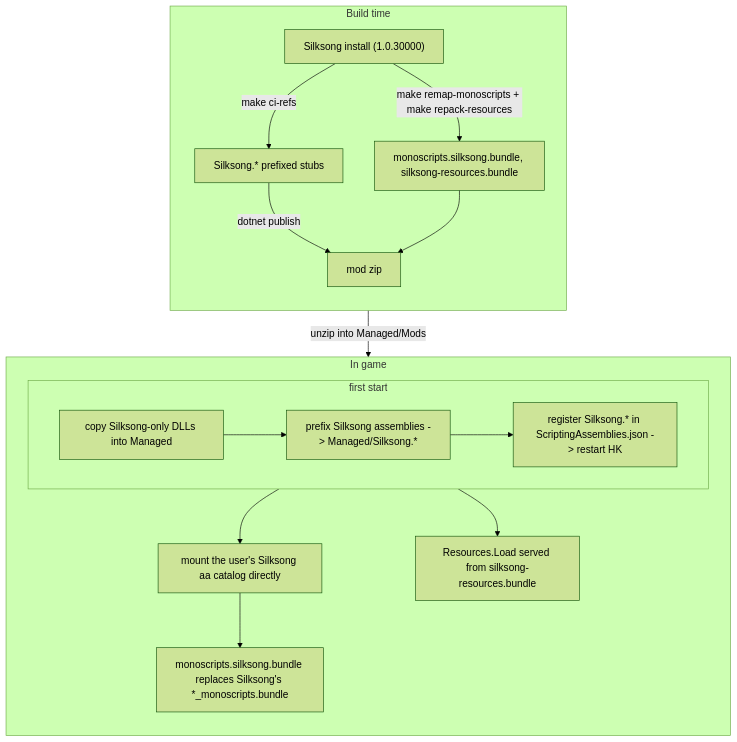
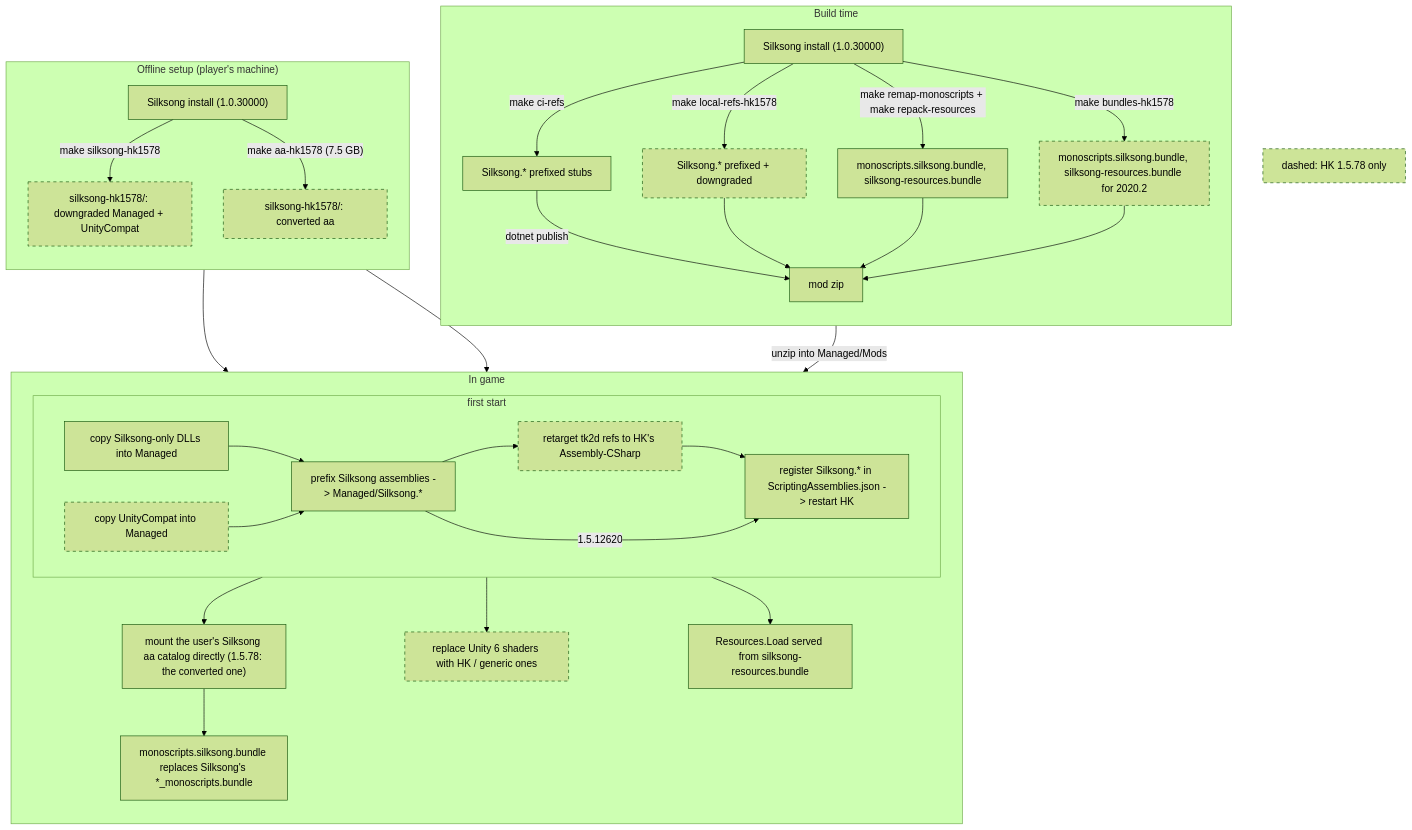
Before and after one commit to jakobhellermann/hkmod-HornetInHallownest: the diagram in docs/asset-pipeline.mmd, drawn with Mermaid (forest theme). The commit also changed 6 other files, not shown here.

Commit message:
Make setup pipeline compatible with 1.5.78

```diff
--- a/docs/asset-pipeline.mmd
+++ b/docs/asset-pipeline.mmd
@@ -1,22 +1,41 @@
 flowchart TB
     subgraph Dev["Build time"]
         direction TB
         B1["Silksong install (1.0.30000)"] -->|"make ci-refs"| B2b["Silksong.* prefixed stubs"]
+        B1 -->|"make local-refs-hk1578"| B2h["Silksong.* prefixed + downgraded"]:::hk1578
         B1 -->|"make remap-monoscripts + make repack-resources"| B2c["monoscripts.silksong.bundle, silksong-resources.bundle"]
+        B1 -->|"make bundles-hk1578"| B2ch["monoscripts.silksong.bundle, silksong-resources.bundle for 2020.2"]:::hk1578
         B2b -->|"dotnet publish"| B3["mod zip"]
+        B2h --> B3
         B2c --> B3
+        B2ch --> B3
+    end
+    subgraph Setup["Offline setup (player's machine)"]
+        direction TB
+        S1["Silksong install (1.0.30000)"] -->|"make silksong-hk1578"| S2["silksong-hk1578/: downgraded Managed + UnityCompat"]:::hk1578
+        S1 -->|"make aa-hk1578 (7.5 GB)"| S3["silksong-hk1578/: converted aa"]:::hk1578
     end
     subgraph RT["In game"]
         direction TB
         subgraph First["first start"]
             R5["copy Silksong-only DLLs into Managed"] --> R6["prefix Silksong assemblies -> Managed/Silksong.*"]
-            R6 --> R7["register Silksong.* in ScriptingAssemblies.json -> restart HK"]
+            R5b["copy UnityCompat into Managed"]:::hk1578 --> R6
+            R6 --> R6b["retarget tk2d refs to HK's Assembly-CSharp"]:::hk1578
+            R6b --> R7["register Silksong.* in ScriptingAssemblies.json -> restart HK"]
+            R6 -->|"1.5.12620"| R7
         end
-        R8["mount the user's Silksong aa catalog directly"]
+        R8["mount the user's Silksong aa catalog directly (1.5.78: the converted one)"]
         R9["monoscripts.silksong.bundle replaces Silksong's *_monoscripts.bundle"]
         R10["Resources.Load served from silksong-resources.bundle"]
+        R11["replace Unity 6 shaders with HK / generic ones"]:::hk1578
         First --> R8
         R8 --> R9
+        First --> R11
         First --> R10
     end
     B3 -->|"unzip into Managed/Mods"| RT
+    S2 --> First
+    S3 --> R8
+    L["dashed: HK 1.5.78 only"]:::hk1578
+
+    classDef hk1578 stroke-dasharray: 5 5
```
